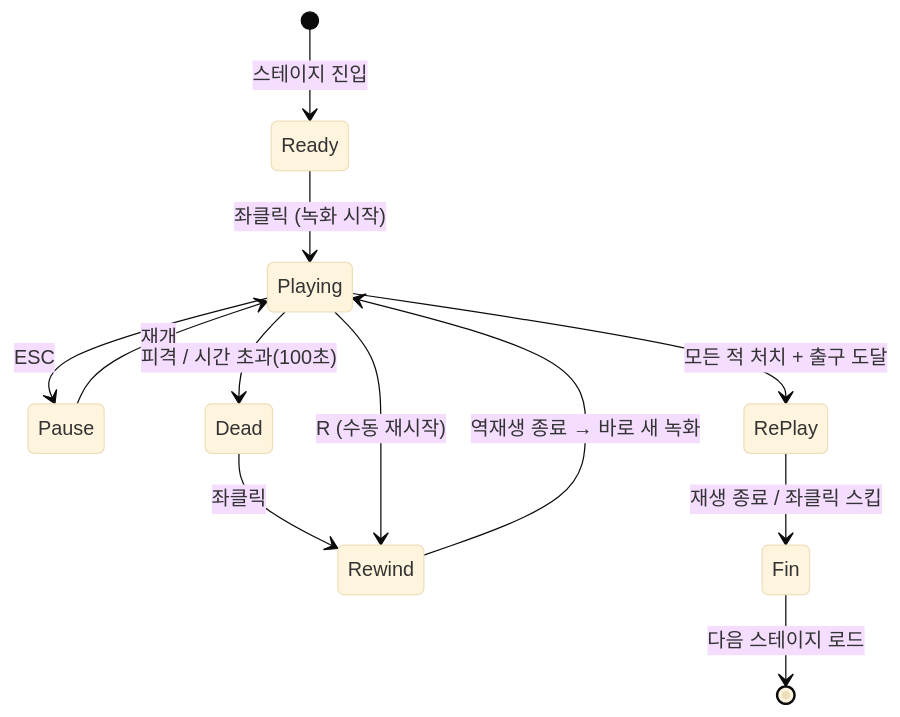
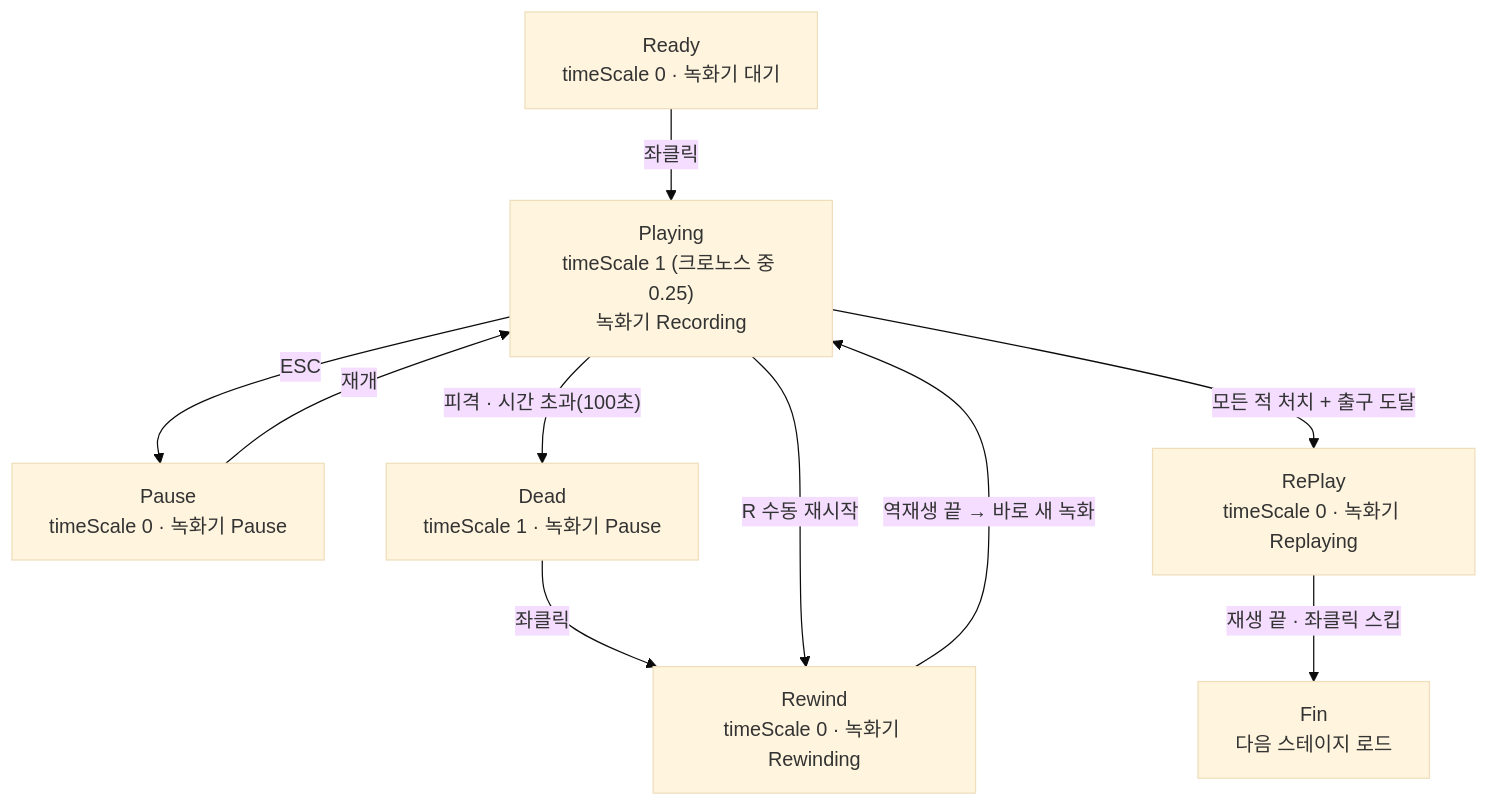
The second of 6 diagrams in src/03-katana-zero/기술문서.md (NaJungWon/portfolio), drawn with Mermaid (base theme) before and after one commit. The commit also changed other lines of this file and 6 other files, not shown here.

````diff
--- a/src/03-katana-zero/기술문서.md
+++ b/src/03-katana-zero/기술문서.md
@@ -111,14 +93,12 @@
 ```mermaid
-stateDiagram-v2
-    [*] --> Ready: 스테이지 진입
-    Ready --> Playing: 좌클릭 (녹화 시작)
-    Playing --> Pause: ESC
-    Pause --> Playing: 재개
-    Playing --> Dead: 피격 / 시간 초과(100초)
-    Dead --> Rewind: 좌클릭
-    Playing --> Rewind: R (수동 재시작)
-    Rewind --> Playing: 역재생 종료 → 바로 새 녹화
-    Playing --> RePlay: 모든 적 처치 + 출구 도달
-    RePlay --> Fin: 재생 종료 / 좌클릭 스킵
-    Fin --> [*]: 다음 스테이지 로드
+flowchart TB
+    R["Ready<br/>timeScale 0 · 녹화기 대기"] -->|"좌클릭"| P["Playing<br/>timeScale 1 (크로노스 중 0.25)<br/>녹화기 Recording"]
+    P -->|"ESC"| PA["Pause<br/>timeScale 0 · 녹화기 Pause"]
+    PA -->|"재개"| P
+    P -->|"피격 · 시간 초과(100초)"| D["Dead<br/>timeScale 1 · 녹화기 Pause"]
+    D -->|"좌클릭"| RW["Rewind<br/>timeScale 0 · 녹화기 Rewinding"]
+    P -->|"R 수동 재시작"| RW
+    RW -->|"역재생 끝 → 바로 새 녹화"| P
+    P -->|"모든 적 처치 + 출구 도달"| RP["RePlay<br/>timeScale 0 · 녹화기 Replaying"]
+    RP -->|"재생 끝 · 좌클릭 스킵"| F["Fin<br/>다음 스테이지 로드"]
 ```
````
